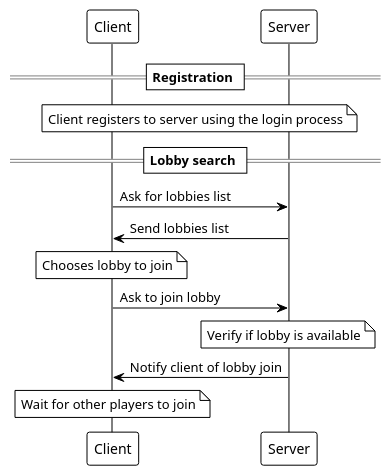
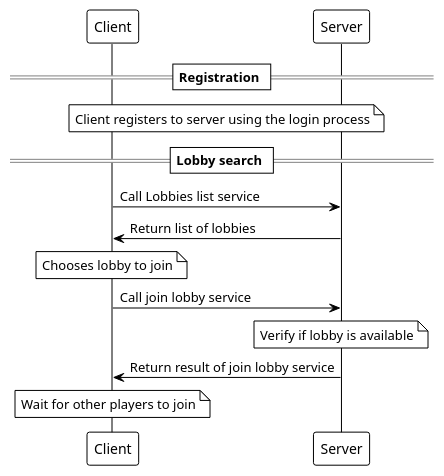
Before and after one commit to MarcoMeinardi/ing-sw-2023-Maltagliati-Manfredonia-Meinardi-Merlino: the diagram in deliverables/join.plantuml, drawn with PlantUML. The commit also changed 3 other files, not shown here.

```diff
--- a/deliverables/join.plantuml
+++ b/deliverables/join.plantuml
@@ -1,20 +1,20 @@
 @startuml
 !theme plain
 participant "Client" as C
 participant "Server" as S
 
 == Registration ==
 
 note over C, S: Client registers to server using the login process
 
 == Lobby search ==
 
-C -> S: Ask for lobbies list
-S -> C: Send lobbies list
+C -> S: Call Lobbies list service
+S -> C: Return list of lobbies
 note over C: Chooses lobby to join
-C -> S: Ask to join lobby
+C -> S: Call join lobby service
 note over S: Verify if lobby is available
-S -> C: Notify client of lobby join
+S -> C: Return result of join lobby service
 note over C: Wait for other players to join
 
 @enduml
```
